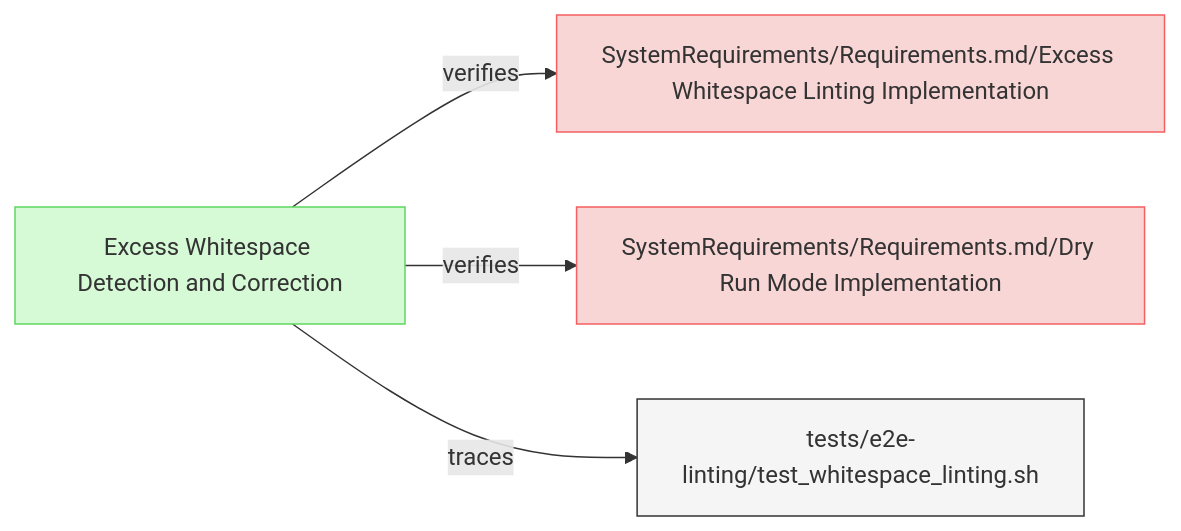
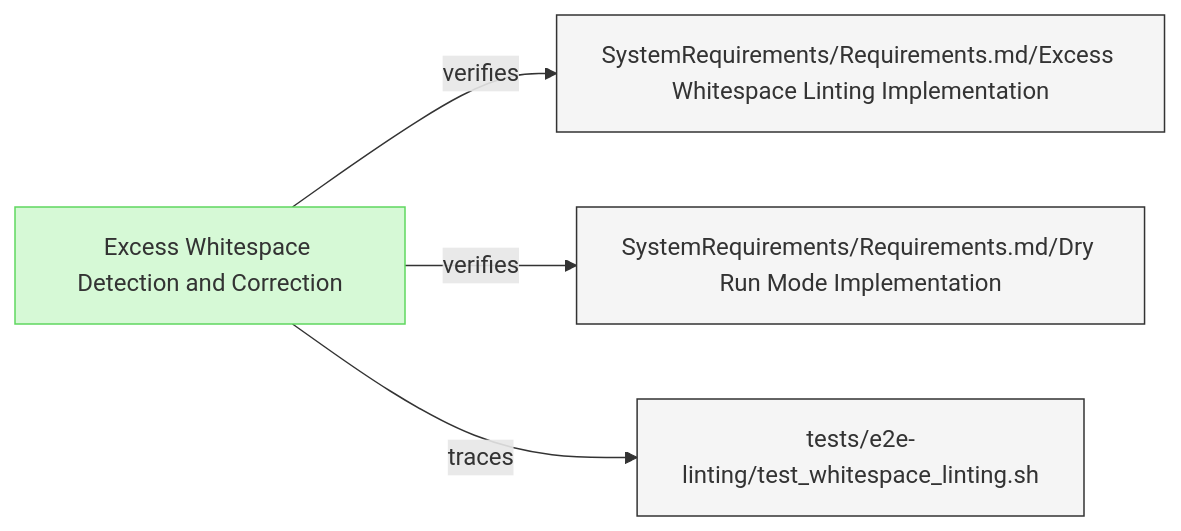
The diagram in specifications/Verifications/LintingTests.md (reqvire-org/reqvire), drawn with Mermaid before and after one commit. The commit also changed other lines of this file and 19 other files, not shown here.

````diff
--- a/specifications/Verifications/LintingTests.md
+++ b/specifications/Verifications/LintingTests.md
@@ -6,24 +6,24 @@
 ```mermaid
 graph LR;
   %% Graph styling
   classDef requirement fill:#f9d6d6,stroke:#f55f5f,stroke-width:1px;
   classDef verification fill:#d6f9d6,stroke:#5fd75f,stroke-width:1px;
   classDef externalLink fill:#d0e0ff,stroke:#3080ff,stroke-width:1px;
   classDef default fill:#f5f5f5,stroke:#333333,stroke-width:1px;
 
   4cd0fe733f["Excess Whitespace Detection and Correction"];
   click 4cd0fe733f "LintingTests.md#excess-whitespace-detection-and-correction";
   class 4cd0fe733f verification;
   3f3d3f9ccb["SystemRequirements/Requirements.md/Excess Whitespace Linting Implementation"];
-  class 3f3d3f9ccb requirement;
+  class 3f3d3f9ccb default;
   click 3f3d3f9ccb "../SystemRequirements/Requirements.md#excess-whitespace-linting-implementation";
   4cd0fe733f -->|verifies| 3f3d3f9ccb;
   8f2198f681["SystemRequirements/Requirements.md/Dry Run Mode Implementation"];
-  class 8f2198f681 requirement;
+  class 8f2198f681 default;
   click 8f2198f681 "../SystemRequirements/Requirements.md#dry-run-mode";
   4cd0fe733f -->|verifies| 8f2198f681;
   e349eadbaa["tests/e2e-linting/test_whitespace_linting.sh"];
   class e349eadbaa default;
   click e349eadbaa "../../tests/e2e-linting/test_whitespace_linting.sh";
   4cd0fe733f -->|traces| e349eadbaa;
 ```
````
